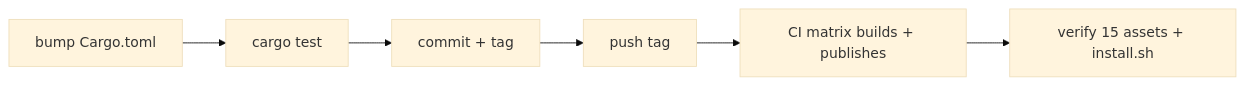
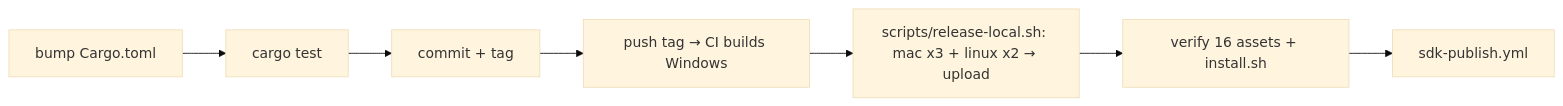
One commit to builtby-win/agent-hooks changed the diagram in skills/release-agent-hooks/SKILL.md. Above: the diagram before and after it, drawn with Mermaid (base theme). The commit also changed other lines of this file and 4 other files, not shown here.

Commit message:
feat(release): local macOS+Linux build with universal binary, Windows-only CI, separate sdk-publish workflow

````diff
--- a/skills/release-agent-hooks/SKILL.md
+++ b/skills/release-agent-hooks/SKILL.md
@@ -10,4 +10,4 @@
 ```mermaid
 flowchart LR
-    BUMP["bump Cargo.toml"] --> TEST["cargo test"] --> COMMIT["commit + tag"] --> PUSH["push tag"] --> CI["CI matrix builds + publishes"] --> VERIFY["verify 15 assets + install.sh"]
+    BUMP["bump Cargo.toml"] --> TEST["cargo test"] --> COMMIT["commit + tag"] --> PUSH["push tag → CI builds Windows"] --> LOCAL["scripts/release-local.sh: mac x3 + linux x2 → upload"] --> VERIFY["verify 16 assets + install.sh"] --> SDK["sdk-publish.yml"]
 ```
````
